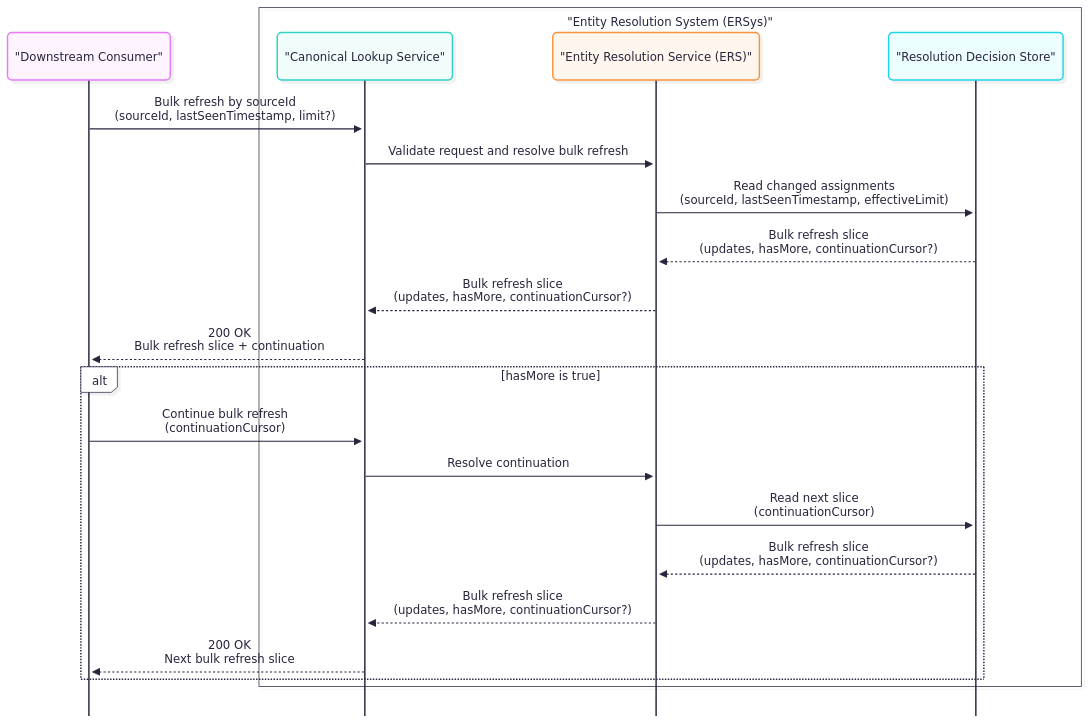
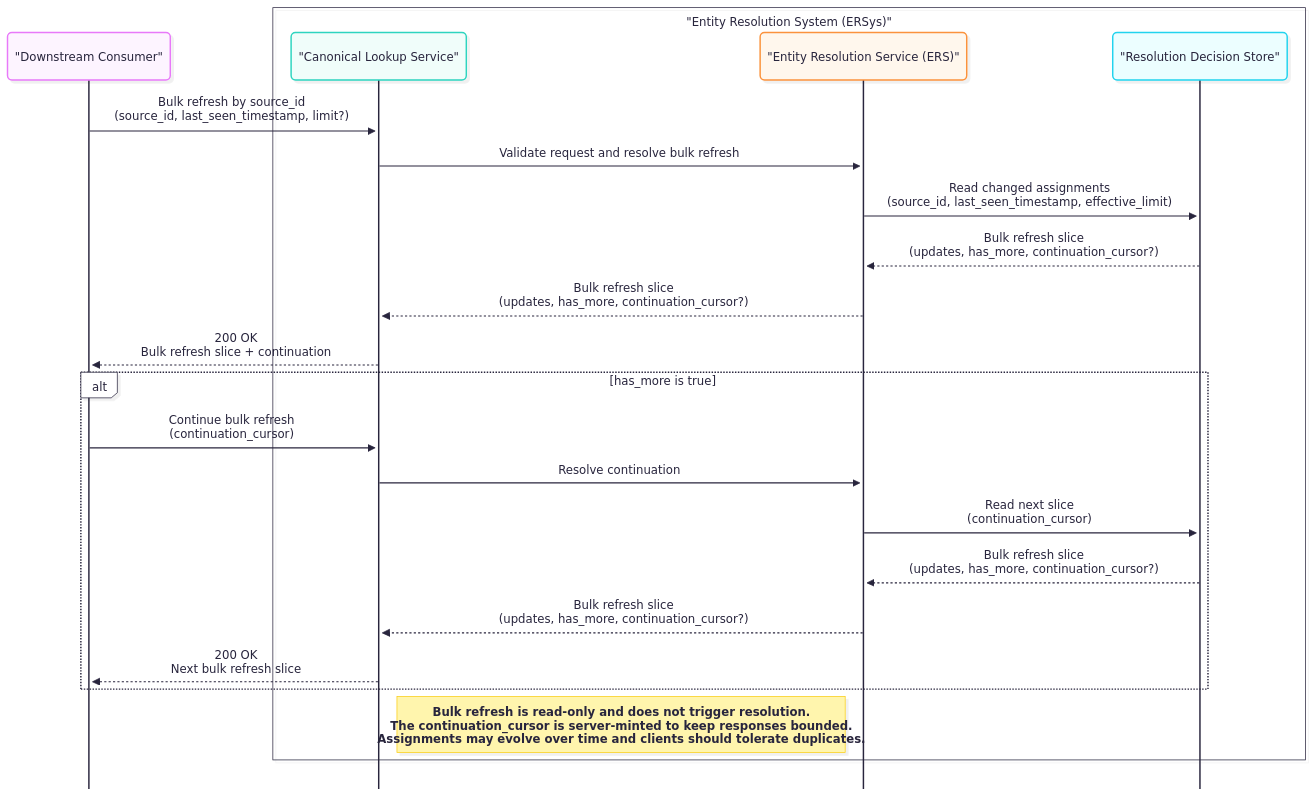
The diagram in docs/modules/ROOT/pages/ERSArchitecture/spine-c.adoc (OP-TED/entity-resolution-docs), drawn with Mermaid before and after one commit. The commit also changed other lines of this file and 15 other files, not shown here.

Commit message:
docs: revise architecture section

```diff
--- a/docs/modules/ROOT/pages/ERSArchitecture/spine-c.adoc
+++ b/docs/modules/ROOT/pages/ERSArchitecture/spine-c.adoc
@@ -8,46 +7,46 @@
-[mermaid]
+[mermaid, align=center]
 ----
 ---
 config:
   look: neo
   theme: redux-color
   mirrorActors: false
   sequence:
     bottomMarginAdj: 0.1
 ---
 sequenceDiagram
 %% Maps to EA diagram: UML Sequence (Spine C)
-%% Purpose: Bulk Refresh by sourceId (UC1.3)
-%% Focus: bounded delta response with continuationCursor, no resolution triggering
+%% Purpose: Bulk Refresh by source_id (UC-B1.3)
+%% Focus: bounded delta response with continuation_cursor, no resolution triggering
 %% Excludes: ERE and messaging, curation, rebuild, consumer System of Records persistence
 
 participant DownstreamConsumer as "Downstream Consumer"
 
 box "Entity Resolution System (ERSys)"
     participant CanonicalLookup as "Canonical Lookup Service"
     participant ERS as "Entity Resolution Service (ERS)"
     participant DecisionStore as "Resolution Decision Store"
 end
 
-%% Consumer obtains lastSeenTimestamp from its own System of Records (not shown)
-DownstreamConsumer ->> CanonicalLookup: Bulk refresh by sourceId<br/>(sourceId, lastSeenTimestamp, limit?)
+%% Consumer obtains last_seen_timestamp from its own System of Records (not shown)
+DownstreamConsumer ->> CanonicalLookup: Bulk refresh by source_id<br/>(source_id, last_seen_timestamp, limit?)
 CanonicalLookup ->> ERS: Validate request and resolve bulk refresh
 
-ERS ->> DecisionStore: Read changed assignments<br/>(sourceId, lastSeenTimestamp, effectiveLimit)
-DecisionStore -->> ERS: Bulk refresh slice<br/>(updates, hasMore, continuationCursor?)
+ERS ->> DecisionStore: Read changed assignments<br/>(source_id, last_seen_timestamp, effective_limit)
+DecisionStore -->> ERS: Bulk refresh slice<br/>(updates, has_more, continuation_cursor?)
 
-ERS -->> CanonicalLookup: Bulk refresh slice<br/>(updates, hasMore, continuationCursor?)
+ERS -->> CanonicalLookup: Bulk refresh slice<br/>(updates, has_more, continuation_cursor?)
 CanonicalLookup -->> DownstreamConsumer: 200 OK<br/>Bulk refresh slice + continuation
 
-alt hasMore is true
-    DownstreamConsumer ->> CanonicalLookup: Continue bulk refresh<br/>(continuationCursor)
+alt has_more is true
+    DownstreamConsumer ->> CanonicalLookup: Continue bulk refresh<br/>(continuation_cursor)
     CanonicalLookup ->> ERS: Resolve continuation
-    ERS ->> DecisionStore: Read next slice<br/>(continuationCursor)
-    DecisionStore -->> ERS: Bulk refresh slice<br/>(updates, hasMore, continuationCursor?)
-    ERS -->> CanonicalLookup: Bulk refresh slice<br/>(updates, hasMore, continuationCursor?)
+    ERS ->> DecisionStore: Read next slice<br/>(continuation_cursor)
+    DecisionStore -->> ERS: Bulk refresh slice<br/>(updates, has_more, continuation_cursor?)
+    ERS -->> CanonicalLookup: Bulk refresh slice<br/>(updates, has_more, continuation_cursor?)
     CanonicalLookup -->> DownstreamConsumer: 200 OK<br/>Next bulk refresh slice
 end
 
-%%note right of CanonicalLookup: Bulk refresh is read only and does not trigger resolution\nContinuationCursor is server minted to keep responses bounded\nAssignments may evolve over time and clients should tolerate duplicates
+Note right of CanonicalLookup: Bulk refresh is read-only and does not trigger resolution.<br/>The continuation_cursor is server-minted to keep responses bounded.<br/>Assignments may evolve over time and clients should tolerate duplicates.
 
 ----
```
